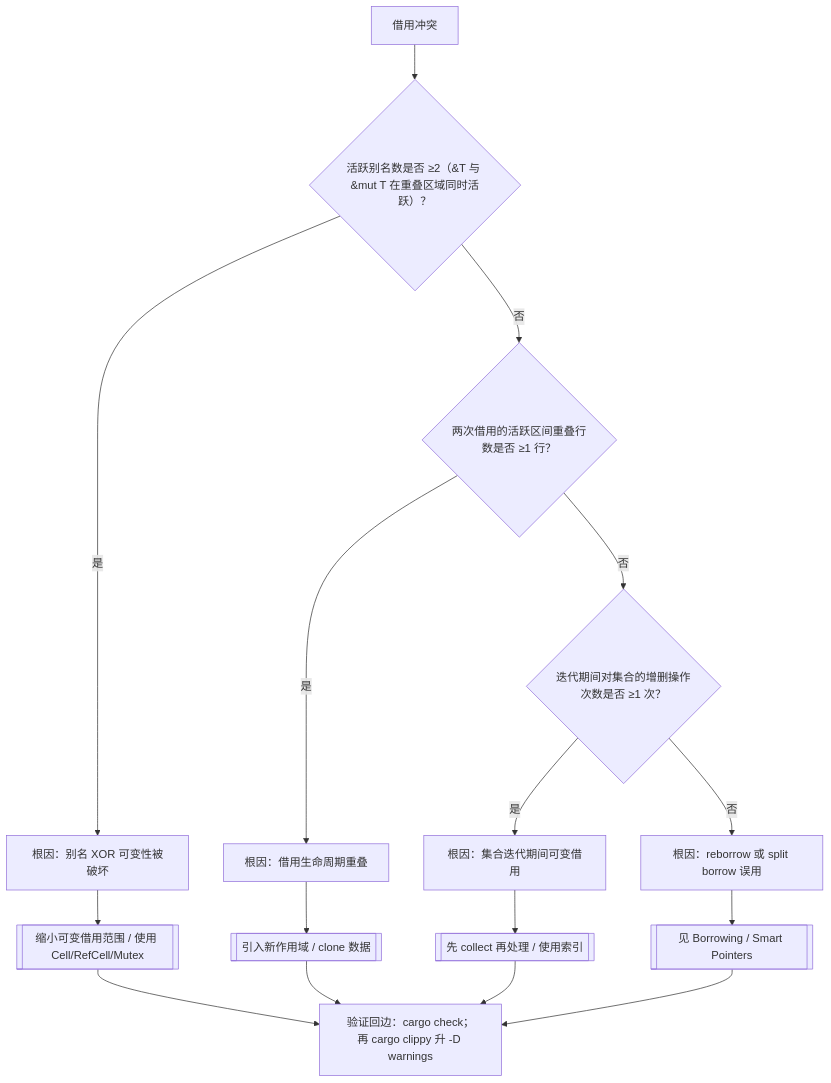
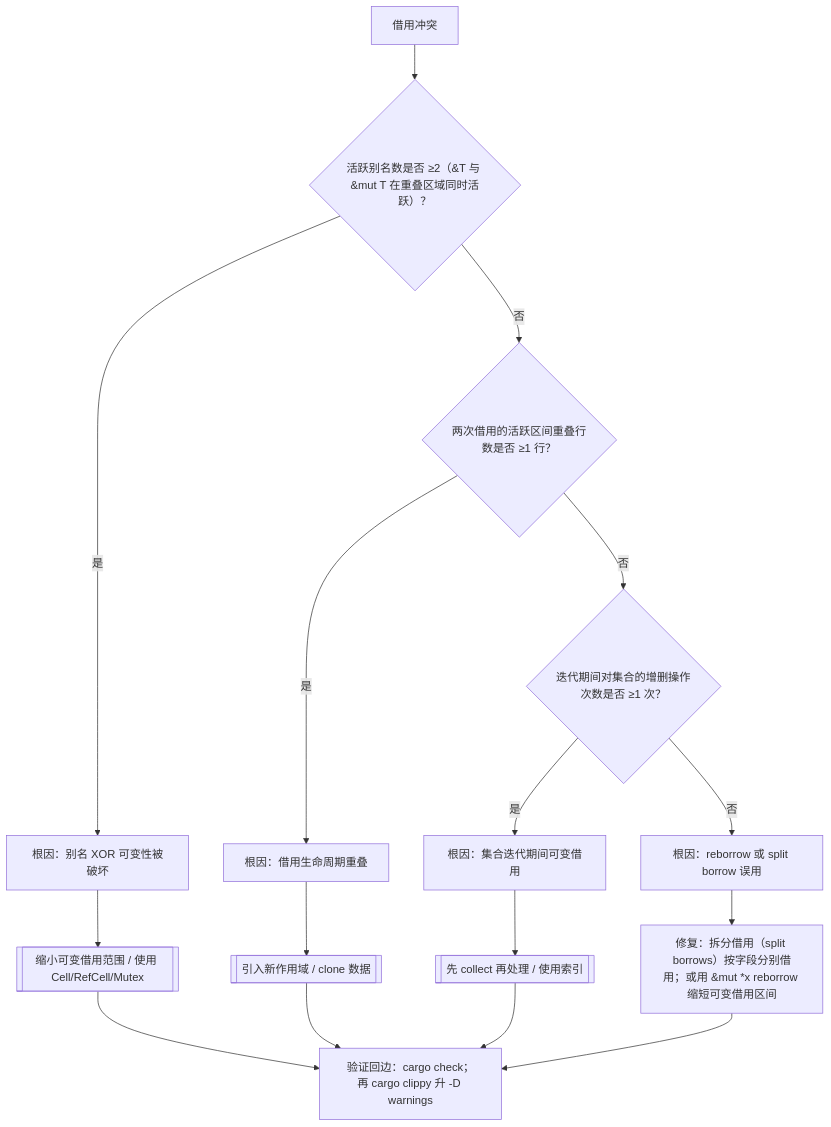
One commit to martin-ly/rust-lang changed the first of 6 diagrams in concept/00_meta/knowledge_topology/09_reasoning_judgment_tree_atlas.md. Above: the diagram before and after it, drawn with Mermaid. The commit also changed other lines of this file and 1409 other files, not shown here.

````diff
--- a/concept/00_meta/knowledge_topology/09_reasoning_judgment_tree_atlas.md
+++ b/concept/00_meta/knowledge_topology/09_reasoning_judgment_tree_atlas.md
@@ -42,18 +42,18 @@
 ```mermaid
 flowchart TD
     B[借用冲突] --> Q1{"活跃别名数是否 ≥2（&T 与 &mut T 在重叠区域同时活跃）？"}
     Q1 -->|是| R1[根因：别名 XOR 可变性被破坏]
     Q1 -->|否| Q2{"两次借用的活跃区间重叠行数是否 ≥1 行？"}
     Q2 -->|是| R2[根因：借用生命周期重叠]
     Q2 -->|否| Q3{"迭代期间对集合的增删操作次数是否 ≥1 次？"}
     Q3 -->|是| R3[根因：集合迭代期间可变借用]
     Q3 -->|否| R4[根因：reborrow 或 split borrow 误用]
     R1 --> F1[[缩小可变借用范围 / 使用 Cell/RefCell/Mutex]]
     R2 --> F2[[引入新作用域 / clone 数据]]
     R3 --> F3[[先 collect 再处理 / 使用索引]]
-    R4 --> F4[[见 Borrowing / Smart Pointers]]
+    R4 --> F4[修复：拆分借用（split borrows）按字段分别借用；或用 &mut *x reborrow 缩短可变借用区间]
     F1 --> V1[验证回边：cargo check；再 cargo clippy 升 -D warnings]
     F2 --> V1
     F3 --> V1
     F4 --> V1
 ```
````
